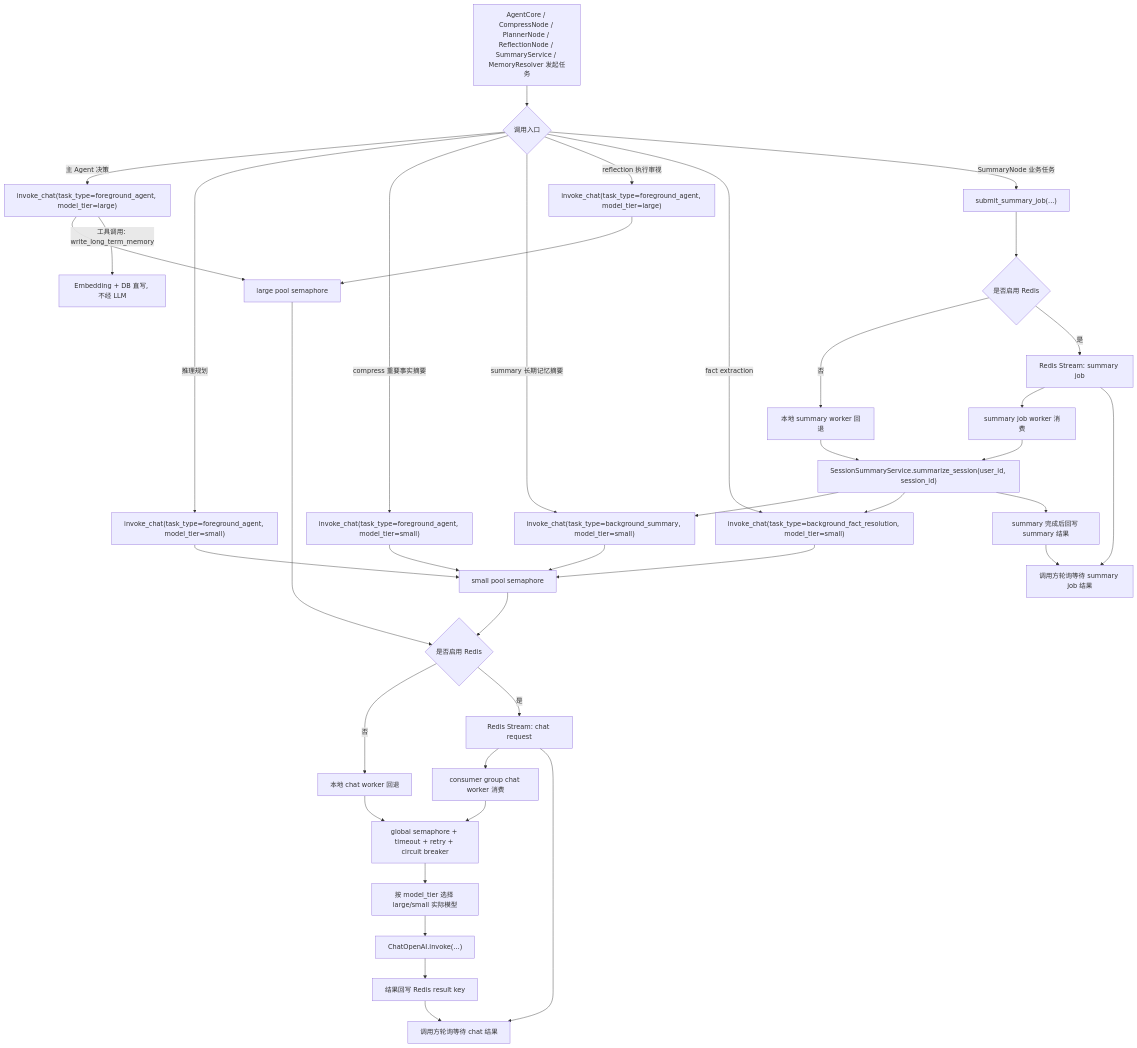
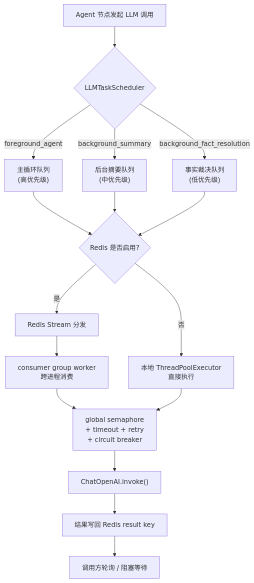
Before and after one commit to xiao-Huahuo/Agent-Core-Service: the seventh of 7 diagrams in README.md, drawn with Mermaid. The commit also changed other lines of this file, not shown here.

Commit message:
模型图

````diff
--- a/README.md
+++ b/README.md
@@ -152,48 +180,23 @@
 ```mermaid
 flowchart TD
-    A["AgentCore / CompressNode / PlannerNode / ReflectionNode / SummaryService / MemoryResolver 发起任务"] --> B{"调用入口"}
-    B -->|"主 Agent 决策"| C["invoke_chat(task_type=foreground_agent, model_tier=large)"]
-    B -->|"推理规划"| D2["invoke_chat(task_type=foreground_agent, model_tier=small)"]
-    B -->|"compress 重要事实摘要"| D["invoke_chat(task_type=foreground_agent, model_tier=small)"]
-    B -->|"summary 长期记忆摘要"| E["invoke_chat(task_type=background_summary, model_tier=small)"]
-    B -->|"reflection 执行审视"| R2["invoke_chat(task_type=foreground_agent, model_tier=large)"]
-    B -->|"fact extraction"| F["invoke_chat(task_type=background_fact_resolution, model_tier=small)"]
-    B -->|"SummaryNode 业务任务"| G["submit_summary_job(...)"]
+    A["Agent 节点发起 LLM 调用"] --> B{"LLMTaskScheduler"}
 
-    C --> H["large pool semaphore"]
-    D2 --> I["small pool semaphore"]
-    D --> I
-    E --> I
-    R2 --> H
-    F --> I
+    B -->|"foreground_agent"| C["主循环队列\n(高优先级)"]
+    B -->|"background_summary"| D["后台摘要队列\n(中优先级)"]
+    B -->|"background_fact_resolution"| E["事实裁决队列\n(低优先级)"]
 
-    C -->|"工具调用: write_long_term_memory"| J2["Embedding + DB 直写, 不经 LLM"]
+    C --> F{"Redis 是否启用?"}
+    D --> F
+    E --> F
 
-    H --> J{"是否启用 Redis"}
-    I --> J
-    G --> K{"是否启用 Redis"}
+    F -->|"否"| G["本地 ThreadPoolExecutor\n直接执行"]
+    F -->|"是"| H["Redis Stream 分发"]
 
-    J -->|"否"| L["本地 chat worker 回退"]
-    J -->|"是"| M["Redis Stream: chat request"]
-    K -->|"否"| N["本地 summary worker 回退"]
-    K -->|"是"| O["Redis Stream: summary job"]
+    H --> I["consumer group worker\n跨进程消费"]
+    I --> J["global semaphore\n+ timeout + retry\n+ circuit breaker"]
 
-    M --> P["consumer group chat worker 消费"]
-    O --> Q["summary job worker 消费"]
-    Q --> R["SessionSummaryService.summarize_session(user_id, session_id)"]
-    R --> E
-    R --> F
-
-    P --> S["global semaphore + timeout + retry + circuit breaker"]
-    L --> S
-    N --> R
-    S --> T["按 model_tier 选择 large/small 实际模型"]
-    T --> U["ChatOpenAI.invoke(...)"]
-    U --> V["结果回写 Redis result key"]
-
-    M --> W["调用方轮询等待 chat 结果"]
-    V --> W
-    O --> X["调用方轮询等待 summary job 结果"]
-    R --> Y["summary 完成后回写 summary 结果"]
-    Y --> X
+    G --> J
+    J --> K["ChatOpenAI.invoke()"]
+    K --> L["结果写回 Redis result key"]
+    L --> M["调用方轮询 / 阻塞等待"]
 ```
````
